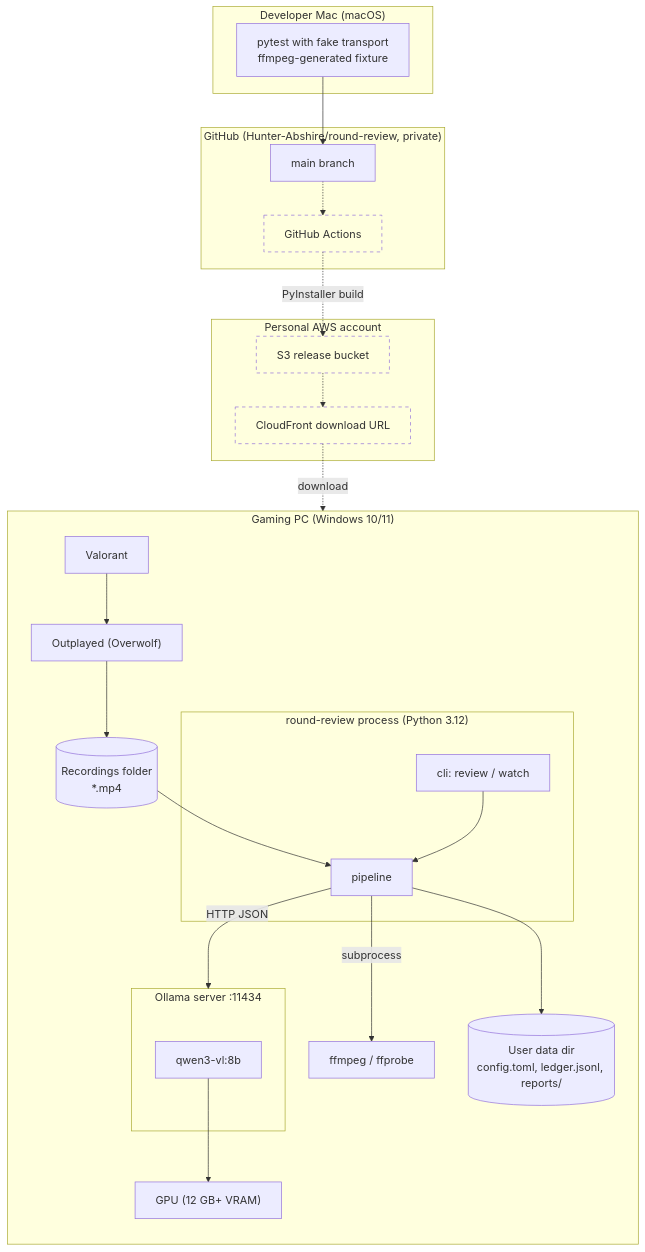
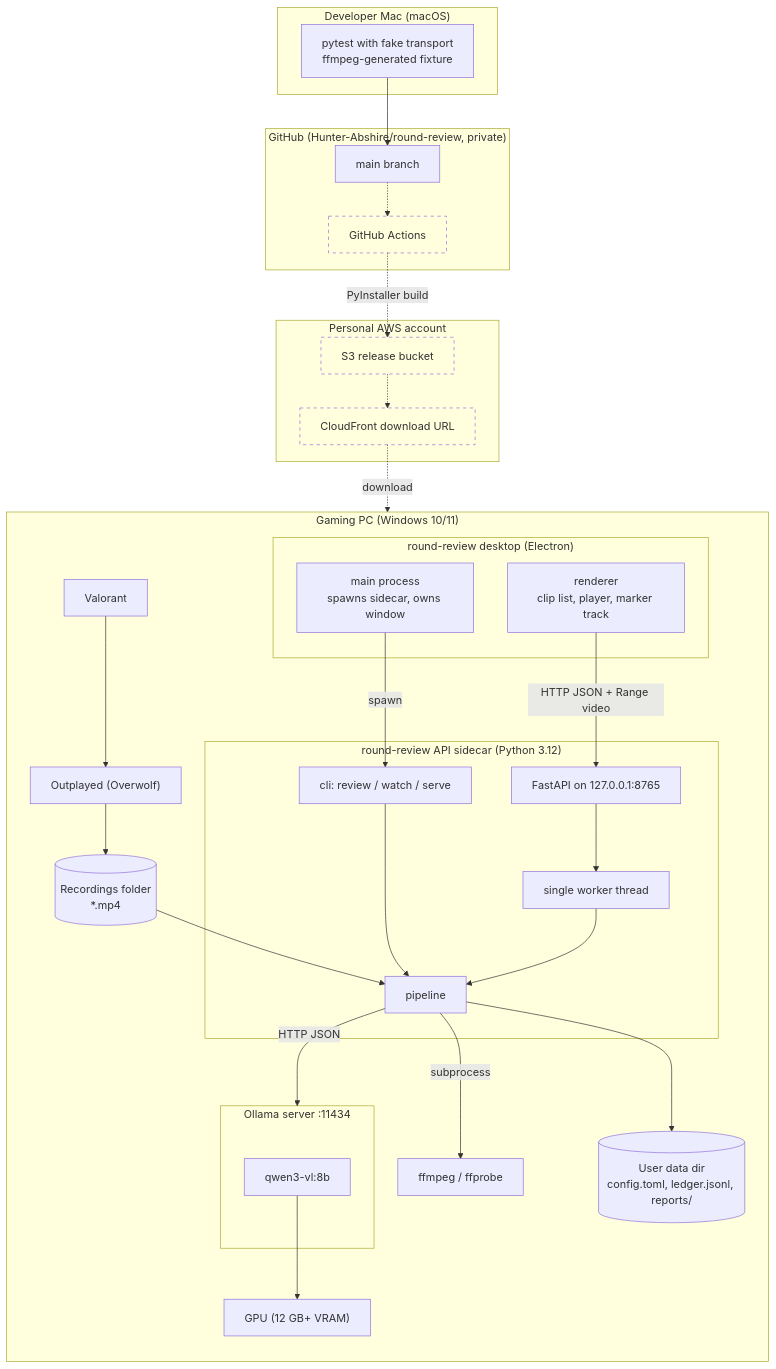
Before and after one commit to Hunter-Abshire/round-review: the diagram in docs/uml/deployment.md, drawn with Mermaid. The commit also changed other lines of this file and 7349 other files, not shown here.

Commit message:
feat(server): report.json, progress hook, single-worker job queue, loopback FastAPI, serve command

````diff
--- a/docs/uml/deployment.md
+++ b/docs/uml/deployment.md
@@ -5,45 +5,54 @@
 ```mermaid
 flowchart TB
     subgraph PC["Gaming PC (Windows 10/11)"]
         direction TB
         Valorant["Valorant"]
         Outplayed["Outplayed (Overwolf)"]
         RecDir[("Recordings folder<br/>*.mp4")]
-        subgraph RRProc["round-review process (Python 3.12)"]
-            CLI["cli: review / watch"]
+        subgraph Desktop["round-review desktop (Electron)"]
+            Main["main process<br/>spawns sidecar, owns window"]
+            Renderer["renderer<br/>clip list, player, marker track"]
+        end
+        subgraph RRProc["round-review API sidecar (Python 3.12)"]
+            CLI["cli: review / watch / serve"]
+            API["FastAPI on 127.0.0.1:8765"]
+            Jobs["single worker thread"]
             Pipeline["pipeline"]
         end
         FF["ffmpeg / ffprobe"]
         subgraph OllamaSrv["Ollama server :11434"]
             Model["qwen3-vl:8b"]
         end
         GPU["GPU (12 GB+ VRAM)"]
         DataDir[("User data dir<br/>config.toml, ledger.jsonl, reports/")]
     end
 
     subgraph Dev["Developer Mac (macOS)"]
         Tests["pytest with fake transport<br/>ffmpeg-generated fixture"]
     end
 
     subgraph GH["GitHub (Hunter-Abshire/round-review, private)"]
         Repo["main branch"]
         GHA["GitHub Actions"]:::future
     end
 
     subgraph AWS["Personal AWS account"]
         S3["S3 release bucket"]:::future
         CF["CloudFront download URL"]:::future
     end
 
     Valorant --> Outplayed --> RecDir
     RecDir --> Pipeline
     CLI --> Pipeline
+    Main -->|spawn| CLI
+    Renderer -->|HTTP JSON + Range video| API
+    API --> Jobs --> Pipeline
     Pipeline -->|subprocess| FF
     Pipeline -->|HTTP JSON| OllamaSrv
     Model --> GPU
     Pipeline --> DataDir
     Tests --> Repo
     Repo -.-> GHA -.->|PyInstaller build| S3 -.-> CF -.->|download| PC
 
     classDef future stroke-dasharray: 5 5,fill:none
 ```
````
